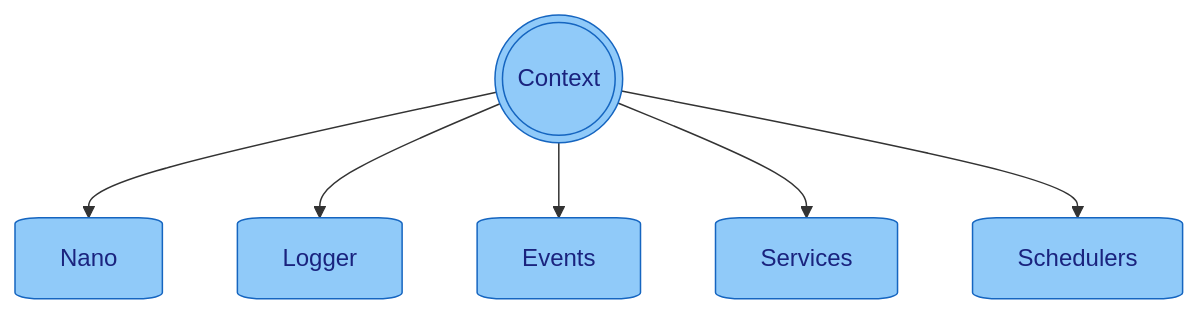
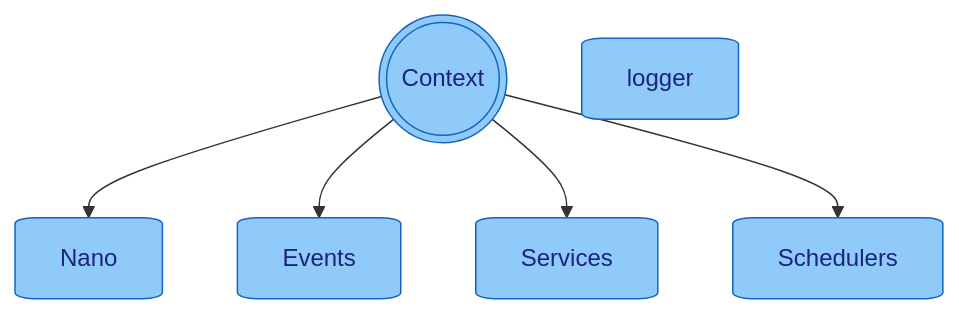
The diagram in docs/context/README.md (NanoNative/nano), drawn with Mermaid before and after one commit. The commit also changed other lines of this file and 54 other files, not shown here.

````diff
--- a/docs/context/README.md
+++ b/docs/context/README.md
@@ -19,15 +18,14 @@
 ```mermaid
 flowchart TD
     context(((Context))) --> nano[Nano]
-    context --> logger[Logger]
     context --> events[Events]
     context --> services[Services]
     context --> schedulers[Schedulers]
     
     style nano fill:#90CAF9,stroke:#1565C0,stroke-width:1px,color:#1A237E,rx:2%,ry:2%
     style context fill:#90CAF9,stroke:#1565C0,stroke-width:1px,color:#1A237E,rx:2%,ry:2%
     style logger fill:#90CAF9,stroke:#1565C0,stroke-width:1px,color:#1A237E,rx:2%,ry:2%
     style events fill:#90CAF9,stroke:#1565C0,stroke-width:1px,color:#1A237E,rx:2%,ry:2%
     style services fill:#90CAF9,stroke:#1565C0,stroke-width:1px,color:#1A237E,rx:2%,ry:2%
     style schedulers fill:#90CAF9,stroke:#1565C0,stroke-width:1px,color:#1A237E,rx:2%,ry:2%
 ```
````
